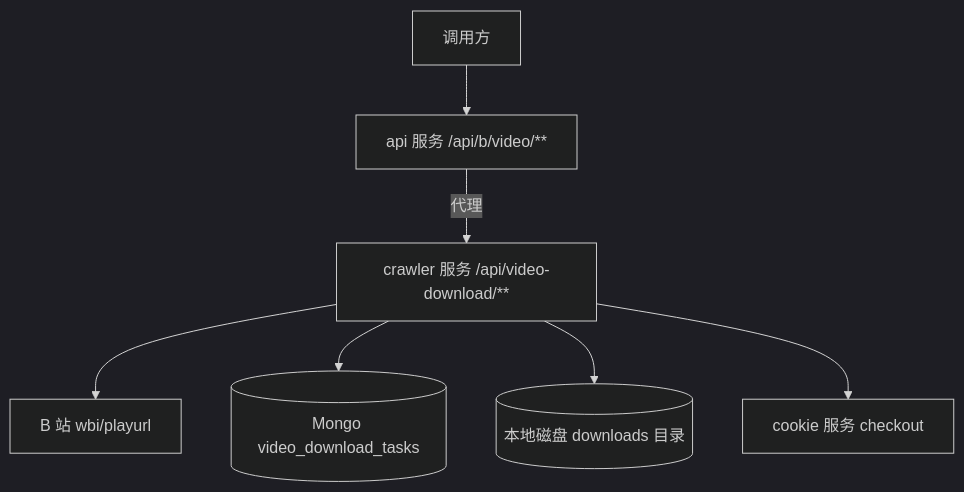
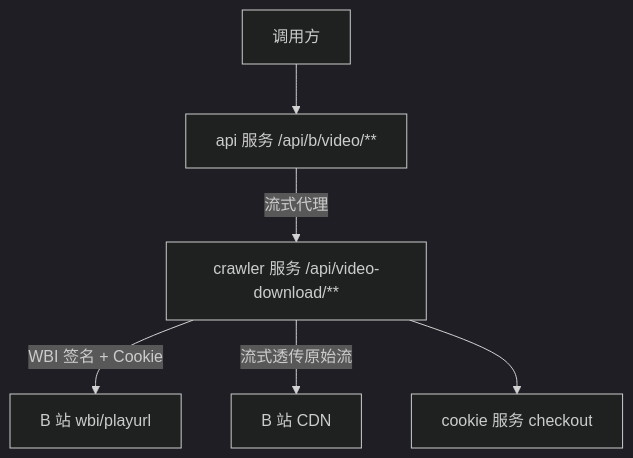
One commit to Deliay/z-vtuber changed the first of 3 diagrams in docs/engineering/proposals/20261008-proposal-bilibili-video-download.md. Above: the diagram before and after it, drawn with Mermaid (dark theme). The commit also changed other lines of this file and 1 other file, not shown here.

Commit message:
docs(prd): 按评审意见改为不落盘实时透传方案（API 返回后即弃）

````diff
--- a/docs/engineering/proposals/20261008-proposal-bilibili-video-download.md
+++ b/docs/engineering/proposals/20261008-proposal-bilibili-video-download.md
@@ -36,9 +36,8 @@
 ```mermaid
 graph TD
     C[调用方] --> A[api 服务 /api/b/video/**]
-    A -->|代理| W[crawler 服务 /api/video-download/**]
-    W --> B[B 站 wbi/playurl]
-    W --> M[(Mongo video_download_tasks)]
-    W --> D[(本地磁盘 downloads 目录)]
+    A -->|流式代理| W[crawler 服务 /api/video-download/**]
+    W -->|WBI 签名 + Cookie| B[B 站 wbi/playurl]
+    W -->|流式透传原始流| CDN[B 站 CDN]
     W --> CK[cookie 服务 checkout]
 ```
````
